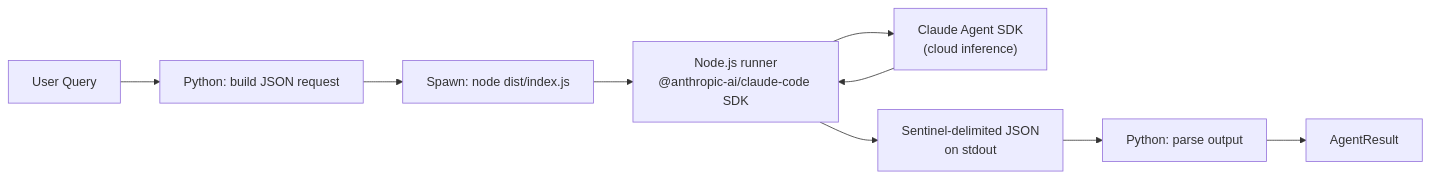
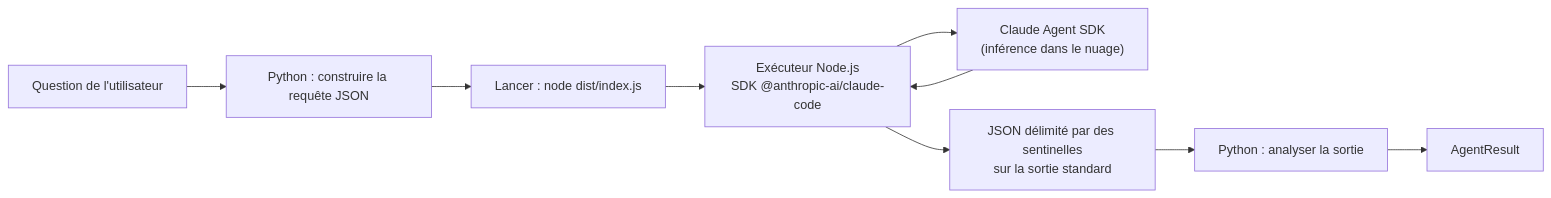
Before and after one commit to carlitoetienne01-spec/Diapason: the fifth of 6 diagrams in docs/architecture/agents.md, drawn with Mermaid. The commit also changed other lines of this file and 257 other files, not shown here.

````diff
--- a/docs/architecture/agents.md
+++ b/docs/architecture/agents.md
@@ -373,11 +373,11 @@
 ```mermaid
 graph LR
-    Q["User Query"] --> PY["Python: build JSON request"]
-    PY --> SPAWN["Spawn: node dist/index.js"]
-    SPAWN --> NODE["Node.js runner<br/>@anthropic-ai/claude-code SDK"]
-    NODE --> SDK["Claude Agent SDK<br/>(cloud inference)"]
+    Q["Question de l'utilisateur"] --> PY["Python : construire la requête JSON"]
+    PY --> SPAWN["Lancer : node dist/index.js"]
+    SPAWN --> NODE["Exécuteur Node.js<br/>SDK @anthropic-ai/claude-code"]
+    NODE --> SDK["Claude Agent SDK<br/>(inférence dans le nuage)"]
     SDK --> NODE
-    NODE --> JSON["Sentinel-delimited JSON<br/>on stdout"]
-    JSON --> PARSE["Python: parse output"]
+    NODE --> JSON["JSON délimité par des sentinelles<br/>sur la sortie standard"]
+    JSON --> PARSE["Python : analyser la sortie"]
     PARSE --> R["AgentResult"]
 ```
````
